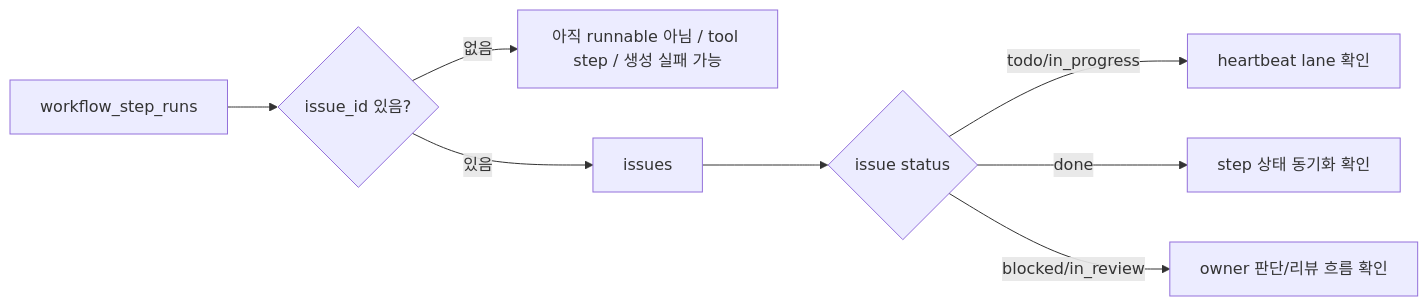
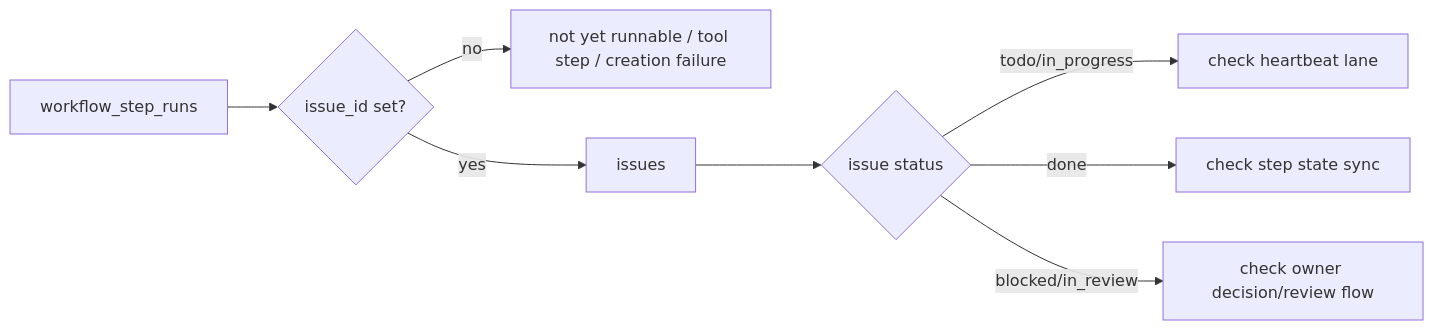
Diagram 11 of 17 in docs/guides/agent-developer/mission-workflow-runtime.md (insightflo/papercompany-runtime), drawn with Mermaid before and after one commit. The commit also changed other lines of this file and 173 other files, not shown here.

````diff
--- a/docs/guides/agent-developer/mission-workflow-runtime.md
+++ b/docs/guides/agent-developer/mission-workflow-runtime.md
@@ -344,10 +297,10 @@
 ```mermaid
 flowchart LR
-  StepRun["workflow_step_runs"] --> HasIssue{"issue_id 있음?"}
-  HasIssue -- 없음 --> A["아직 runnable 아님 / tool step / 생성 실패 가능"]
-  HasIssue -- 있음 --> Issue["issues"]
+  StepRun["workflow_step_runs"] --> HasIssue{"issue_id set?"}
+  HasIssue -- no --> A["not yet runnable / tool step / creation failure"]
+  HasIssue -- yes --> Issue["issues"]
   Issue --> Status{"issue status"}
-  Status -- "todo/in_progress" --> HB["heartbeat lane 확인"]
-  Status -- "done" --> Sync["step 상태 동기화 확인"]
-  Status -- "blocked/in_review" --> Owner["owner 판단/리뷰 흐름 확인"]
+  Status -- "todo/in_progress" --> HB["check heartbeat lane"]
+  Status -- "done" --> Sync["check step state sync"]
+  Status -- "blocked/in_review" --> Owner["check owner decision/review flow"]
 ```
````
